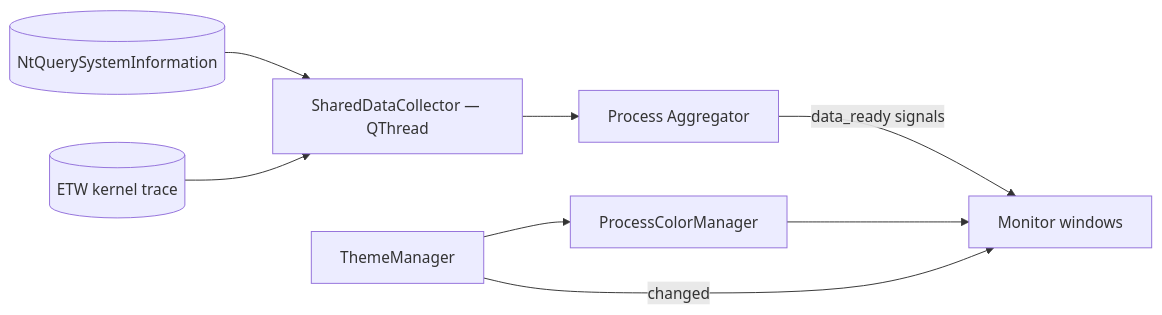
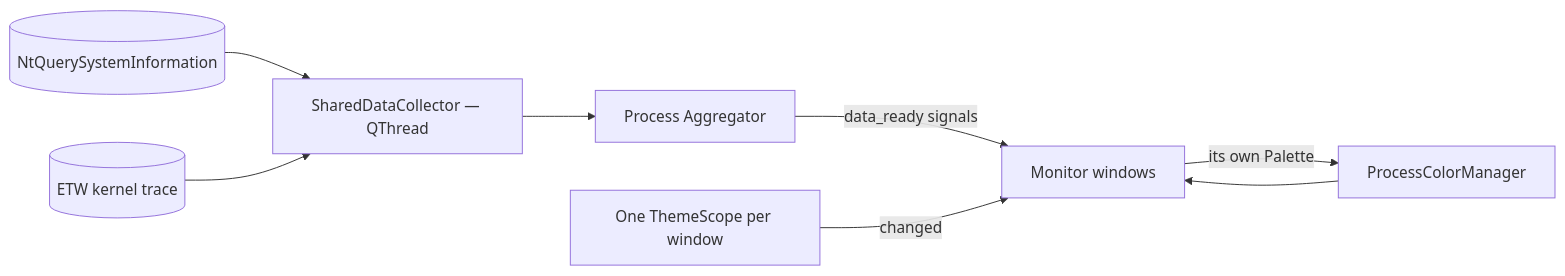
The diagram in CLAUDE.md (UVuruna/Vitals), drawn with Mermaid before and after one commit. The commit also changed other lines of this file and 11 other files, not shown here.

First line of the commit message:
2.3.009 Documentation — per-window themes across every affected doc

````diff
--- a/CLAUDE.md
+++ b/CLAUDE.md
@@ -85,10 +98,10 @@
 ```mermaid
 flowchart LR
     NtQSI[(NtQuerySystemInformation)] --> Collector[SharedDataCollector — QThread]
     ETW[(ETW kernel trace)] --> Collector
     Collector --> Aggregator[Process Aggregator]
     Aggregator -->|data_ready signals| UI[Monitor windows]
     PCM[ProcessColorManager] --> UI
-    Theme[ThemeManager] -->|changed| UI
-    Theme --> PCM
+    Scopes[One ThemeScope per window] -->|changed| UI
+    UI -->|its own Palette| PCM
 ```
````
